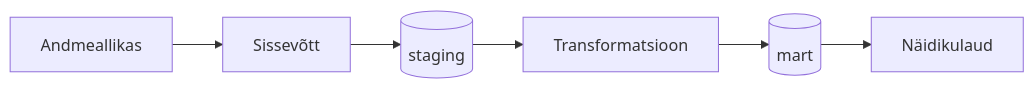
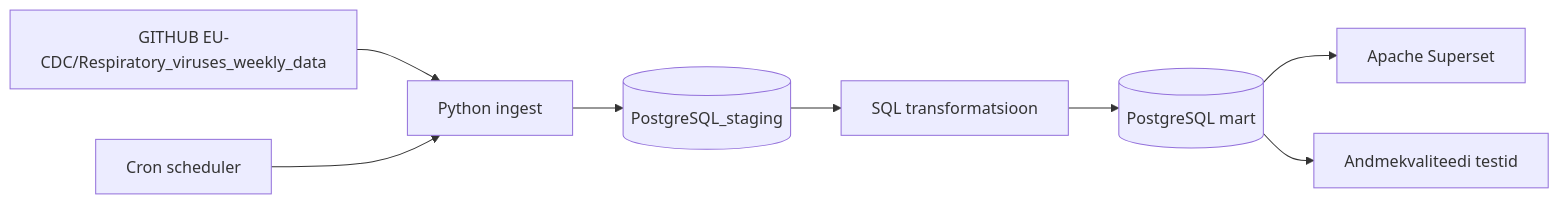
Before and after one commit to MariliisR/ecdc-haigusseire: the diagram in README.md, drawn with Mermaid. The commit also changed other lines of this file, not shown here.

````diff
--- a/README.md
+++ b/README.md
@@ -17,8 +17,10 @@
 ```mermaid
 flowchart LR
-    source[Andmeallikas] --> ingest[Sissevõtt]
-    ingest --> staging[(staging)]
-    staging --> transform[Transformatsioon]
-    transform --> mart[(mart)]
-    mart --> dashboard[Näidikulaud]
+    source[GITHUB EU-CDC/Respiratory_viruses_weekly_data] --> ingest[Python ingest]
+    ingest --> staging[(PostgreSQL_staging)]
+    staging --> transform[SQL transformatsioon]
+    transform --> mart[(PostgreSQL mart)]
+    mart --> dashboard[Apache Superset]
+    mart --> quality[Andmekvaliteedi testid]
+    scheduler[Cron scheduler] --> ingest
 ```
````
